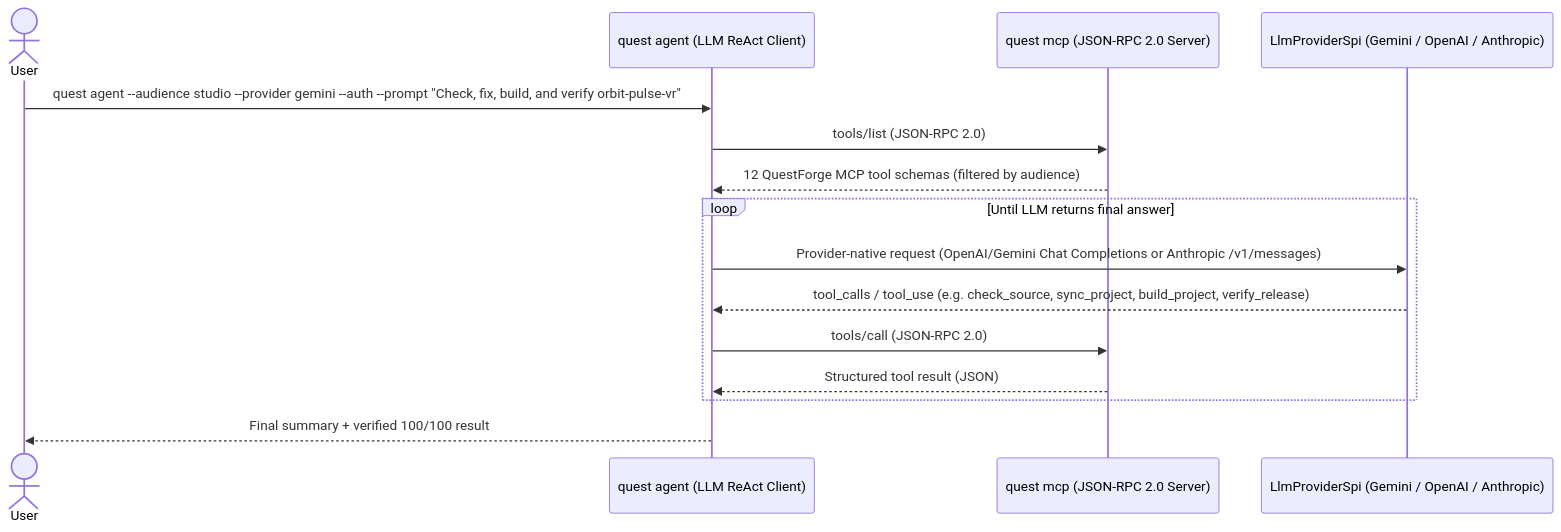
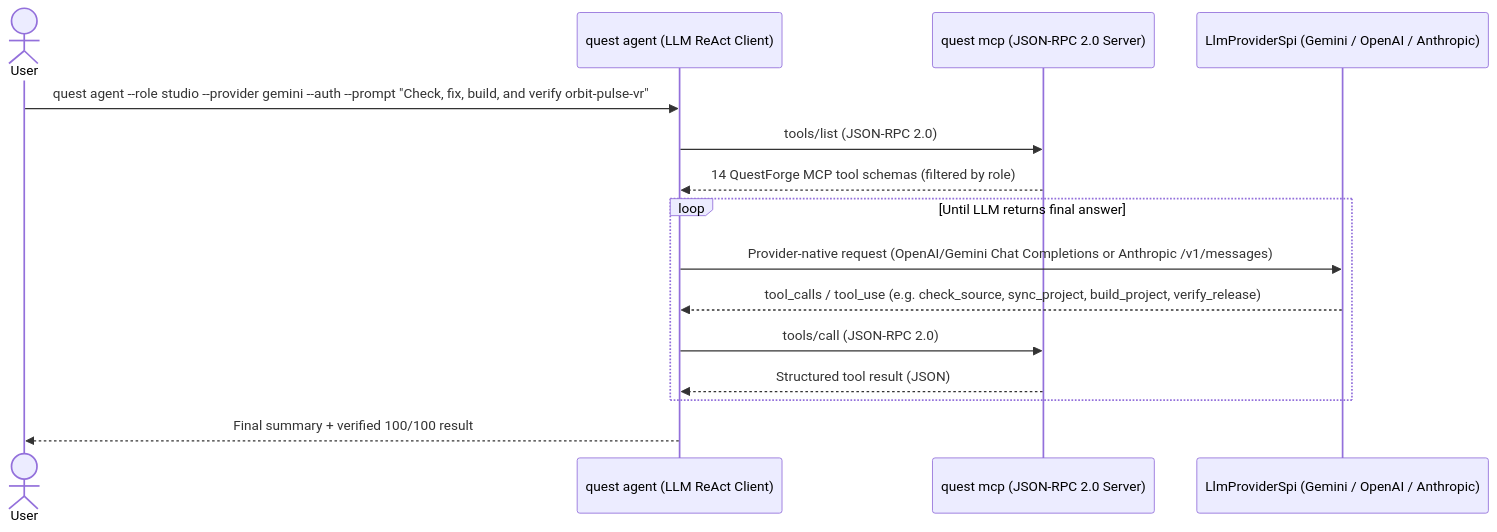
Before and after one commit to sweengineeringlabs/questforge: the third of 3 diagrams in docs/3-design/architecture.md, drawn with Mermaid. The commit also changed other lines of this file and 7 other files, not shown here.

Commit message:
feat(cli,mcp): rename --audience to --role and enable autonomous QA remediation

````diff
--- a/docs/3-design/architecture.md
+++ b/docs/3-design/architecture.md
@@ -66,18 +66,18 @@
 ```mermaid
 sequenceDiagram
     actor User
     participant Agent as quest agent (LLM ReAct Client)
     participant MCP as quest mcp (JSON-RPC 2.0 Server)
     participant LLM as LlmProviderSpi (Gemini / OpenAI / Anthropic)
 
-    User->>Agent: quest agent --audience studio --provider gemini --auth --prompt "Check, fix, build, and verify orbit-pulse-vr"
+    User->>Agent: quest agent --role studio --provider gemini --auth --prompt "Check, fix, build, and verify orbit-pulse-vr"
     Agent->>MCP: tools/list (JSON-RPC 2.0)
-    MCP-->>Agent: 12 QuestForge MCP tool schemas (filtered by audience)
+    MCP-->>Agent: 14 QuestForge MCP tool schemas (filtered by role)
     loop Until LLM returns final answer
         Agent->>LLM: Provider-native request (OpenAI/Gemini Chat Completions or Anthropic /v1/messages)
         LLM-->>Agent: tool_calls / tool_use (e.g. check_source, sync_project, build_project, verify_release)
         Agent->>MCP: tools/call (JSON-RPC 2.0)
         MCP-->>Agent: Structured tool result (JSON)
     end
     Agent-->>User: Final summary + verified 100/100 result
 ```
````
